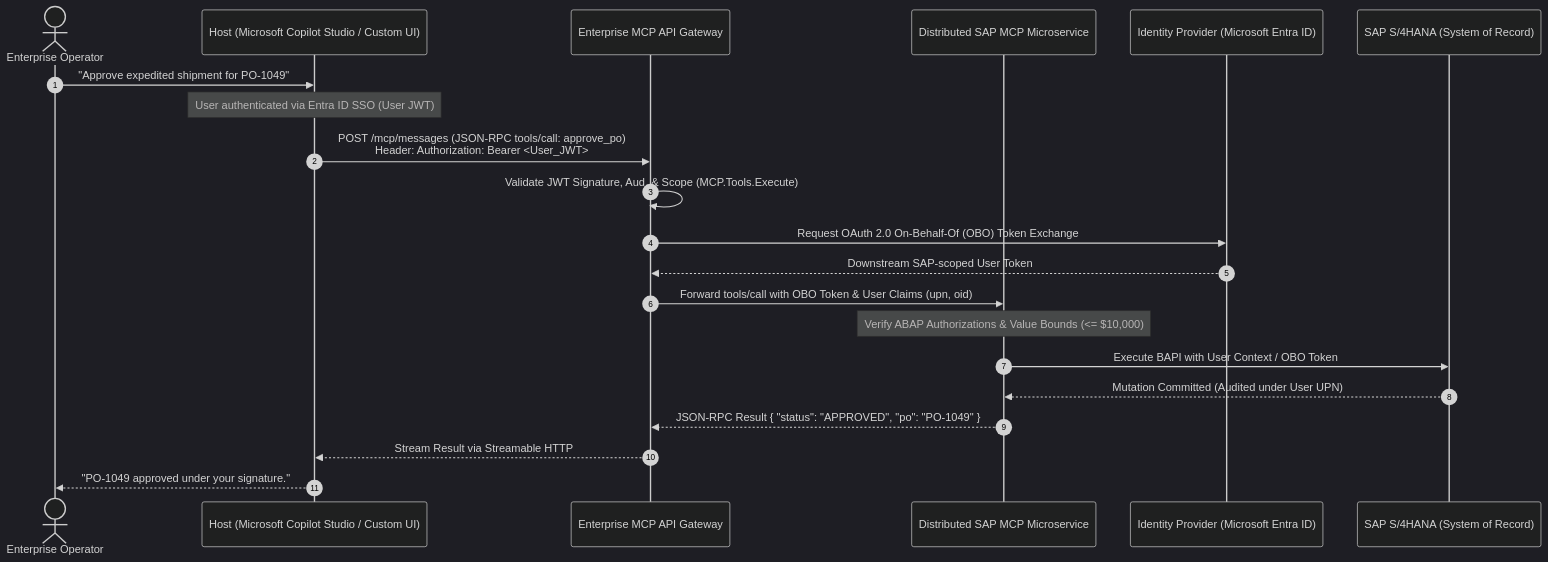
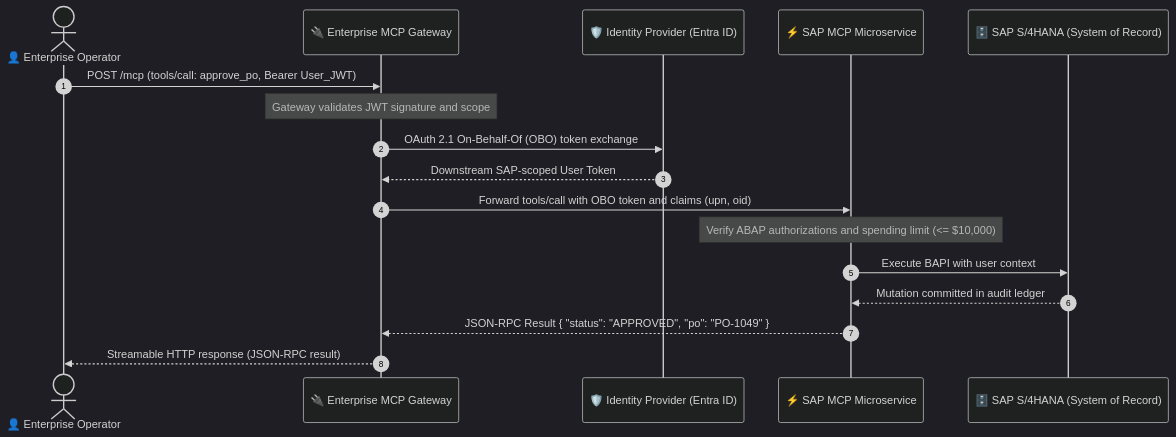
One commit to dip4k/senior-engineer-to-ai-engineer-roadmap changed the diagram in 03-tools-and-model-context-protocol/06-enterprise-paas-bridges-and-serverless-mcp.md. Above: the diagram before and after it, drawn with Mermaid (dark theme). The commit also changed other lines of this file and 39 other files, not shown here.

First line of the commit message:
feat(curriculum): upgrade mermaid diagrams with unicode icons & codify anti-bloat layout rules

````diff
--- a/03-tools-and-model-context-protocol/06-enterprise-paas-bridges-and-serverless-mcp.md
+++ b/03-tools-and-model-context-protocol/06-enterprise-paas-bridges-and-serverless-mcp.md
@@ -34,30 +43,20 @@
 ```mermaid
 sequenceDiagram
     autonumber
-    actor User as Enterprise Operator
-    participant CS as Host (Microsoft Copilot Studio / Custom UI)
-    participant Gateway as Enterprise MCP API Gateway
-    participant MCP as Distributed SAP MCP Microservice
-    participant IdP as Identity Provider (Microsoft Entra ID)
-    participant SAP as SAP S/4HANA (System of Record)
+    actor User as 👤 Enterprise Operator
+    participant Gateway as 🔌 Enterprise MCP Gateway
+    participant IdP as 🛡️ Identity Provider (Entra ID)
+    participant MCP as ⚡ SAP MCP Microservice
+    participant SAP as 🗄️ SAP S/4HANA (System of Record)
 
-    User->>CS: "Approve expedited shipment for PO-1049"
-    Note over CS: User authenticated via Entra ID SSO (User JWT)
-    
-    CS->>Gateway: POST /mcp/messages (JSON-RPC tools/call: approve_po)<br/>Header: Authorization: Bearer <User_JWT>
-    
-    Gateway->>Gateway: Validate JWT Signature, Aud, & Scope (MCP.Tools.Execute)
-    
-    Gateway->>IdP: Request OAuth 2.0 On-Behalf-Of (OBO) Token Exchange
+    User->>Gateway: POST /mcp (tools/call: approve_po, Bearer User_JWT)
+    Note over Gateway: Gateway validates JWT signature and scope
+    Gateway->>IdP: OAuth 2.1 On-Behalf-Of (OBO) token exchange
     IdP-->>Gateway: Downstream SAP-scoped User Token
-    
-    Gateway->>MCP: Forward tools/call with OBO Token & User Claims (upn, oid)
-    
-    Note over MCP: Verify ABAP Authorizations & Value Bounds (<= $10,000)
-    MCP->>SAP: Execute BAPI with User Context / OBO Token
-    SAP-->>MCP: Mutation Committed (Audited under User UPN)
-    
+    Gateway->>MCP: Forward tools/call with OBO token and claims (upn, oid)
+    Note over MCP: Verify ABAP authorizations and spending limit (<= $10,000)
+    MCP->>SAP: Execute BAPI with user context
+    SAP-->>MCP: Mutation committed in audit ledger
     MCP-->>Gateway: JSON-RPC Result { "status": "APPROVED", "po": "PO-1049" }
-    Gateway-->>CS: Stream Result via Streamable HTTP
-    CS-->>User: "PO-1049 approved under your signature."
+    Gateway-->>User: Streamable HTTP response (JSON-RPC result)
 ```
````
